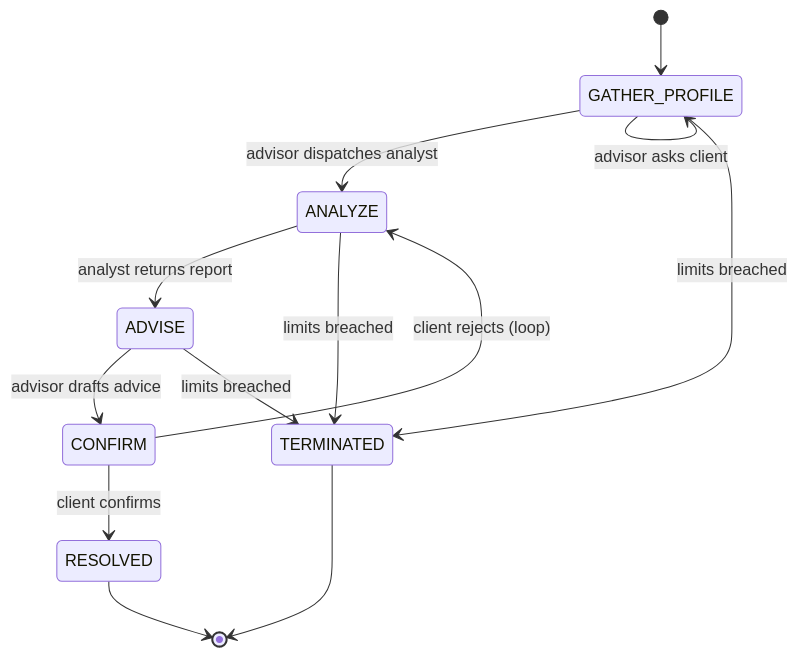
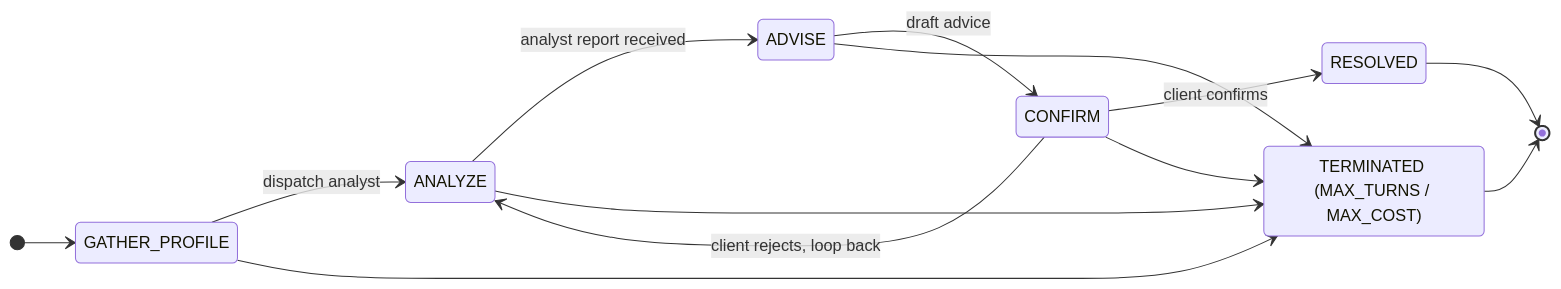
The second of 2 diagrams in README.md (ljding94/jpm-advisor-agent), drawn with Mermaid before and after one commit. The commit also changed other lines of this file, not shown here.

First line of the commit message:
Clean up README mermaid diagrams

````diff
--- a/README.md
+++ b/README.md
@@ -37,15 +33,18 @@
 ```mermaid
 stateDiagram-v2
+    direction LR
     [*] --> GATHER_PROFILE
-    GATHER_PROFILE --> ANALYZE: advisor dispatches analyst
-    GATHER_PROFILE --> GATHER_PROFILE: advisor asks client
-    ANALYZE --> ADVISE: analyst returns report
-    ADVISE --> CONFIRM: advisor drafts advice
+    GATHER_PROFILE --> ANALYZE: dispatch analyst
+    ANALYZE --> ADVISE: analyst report received
+    ADVISE --> CONFIRM: draft advice
     CONFIRM --> RESOLVED: client confirms
-    CONFIRM --> ANALYZE: client rejects (loop)
-    GATHER_PROFILE --> TERMINATED: limits breached
-    ANALYZE --> TERMINATED: limits breached
-    ADVISE --> TERMINATED: limits breached
+    CONFIRM --> ANALYZE: client rejects, loop back
     RESOLVED --> [*]
-    TERMINATED --> [*]
+
+    state "TERMINATED (MAX_TURNS / MAX_COST)" as TERM
+    GATHER_PROFILE --> TERM
+    ANALYZE --> TERM
+    ADVISE --> TERM
+    CONFIRM --> TERM
+    TERM --> [*]
 ```
````
